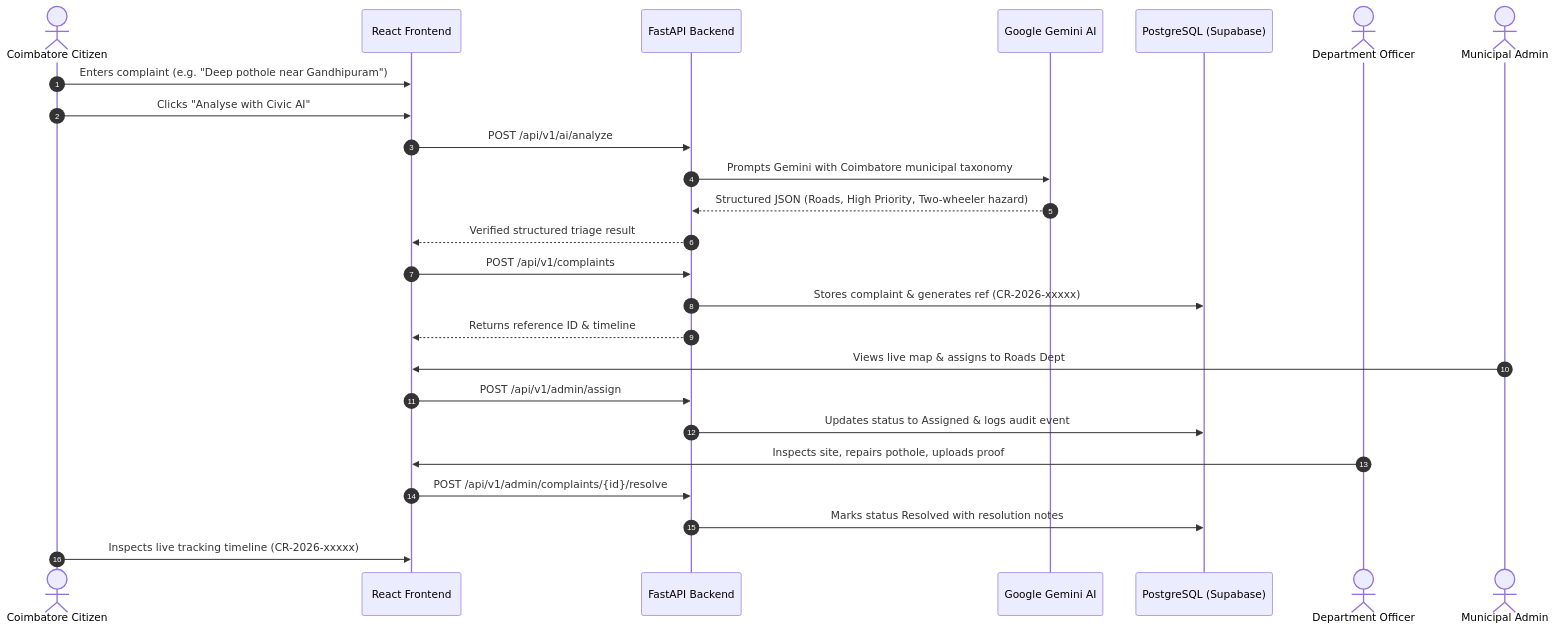
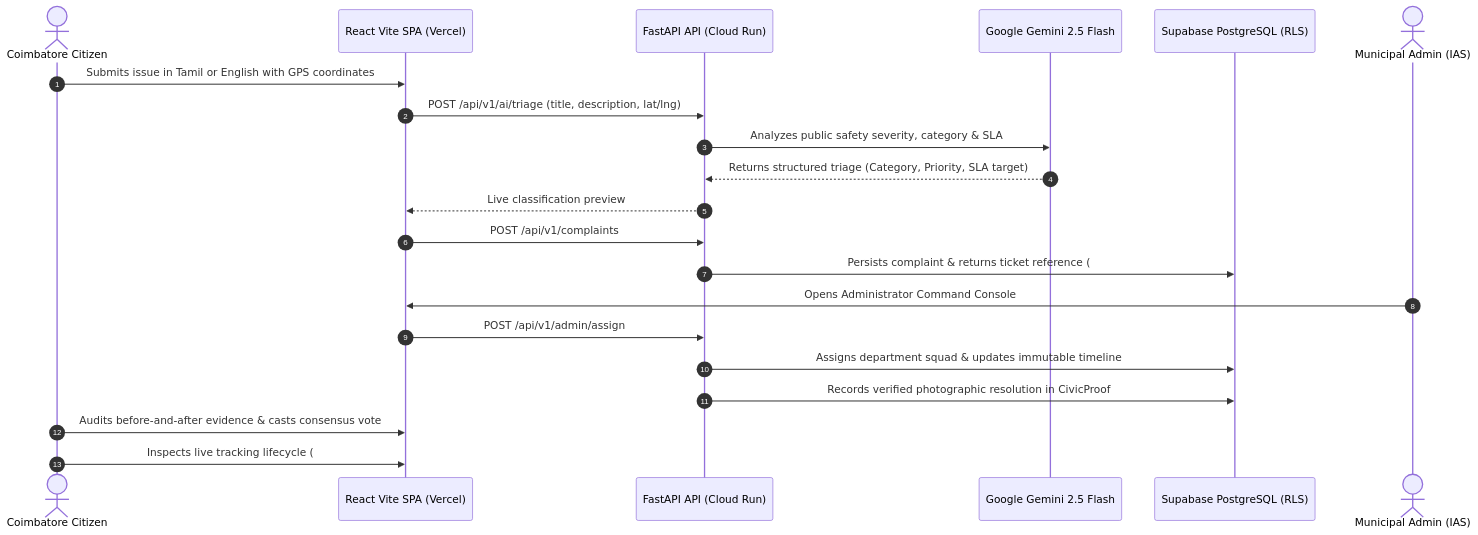
One commit to prethikshav7-byte/Civicresolver changed the diagram in README.md. Above: the diagram before and after it, drawn with Mermaid. The commit also changed other lines of this file, not shown here.

Commit message:
docs: upgrade README with comprehensive enterprise GovTech architecture, test metrics, and deployment guides

````diff
--- a/README.md
+++ b/README.md
@@ -55,28 +32,24 @@
 ```mermaid
 sequenceDiagram
     autonumber
     actor Citizen as Coimbatore Citizen
-    participant FE as React Frontend
-    participant BE as FastAPI Backend
-    participant AI as Google Gemini AI
-    participant DB as PostgreSQL (Supabase)
-    actor Officer as Department Officer
-    actor Admin as Municipal Admin
+    participant FE as React Vite SPA (Vercel)
+    participant BE as FastAPI API (Cloud Run)
+    participant AI as Google Gemini 2.5 Flash
+    participant DB as Supabase PostgreSQL (RLS)
+    actor Admin as Municipal Admin (IAS)
 
-    Citizen->>FE: Enters complaint (e.g. "Deep pothole near Gandhipuram")
-    Citizen->>FE: Clicks "Analyse with Civic AI"
-    FE->>BE: POST /api/v1/ai/analyze
-    BE->>AI: Prompts Gemini with Coimbatore municipal taxonomy
-    AI-->>BE: Structured JSON (Roads, High Priority, Two-wheeler hazard)
-    BE-->>FE: Verified structured triage result
+    Citizen->>FE: Submits issue in Tamil or English with GPS coordinates
+    FE->>BE: POST /api/v1/ai/triage (title, description, lat/lng)
+    BE->>AI: Analyzes public safety severity, category & SLA
+    AI-->>BE: Returns structured triage (Category, Priority, SLA target)
+    BE-->>FE: Live classification preview
     FE->>BE: POST /api/v1/complaints
-    BE->>DB: Stores complaint & generates ref (CR-2026-xxxxx)
-    BE-->>FE: Returns reference ID & timeline
-    Admin->>FE: Views live map & assigns to Roads Dept
+    BE->>DB: Persists complaint & returns ticket reference (#80019)
+    Admin->>FE: Opens Administrator Command Console
     FE->>BE: POST /api/v1/admin/assign
-    BE->>DB: Updates status to Assigned & logs audit event
-    Officer->>FE: Inspects site, repairs pothole, uploads proof
-    FE->>BE: POST /api/v1/admin/complaints/{id}/resolve
-    BE->>DB: Marks status Resolved with resolution notes
-    Citizen->>FE: Inspects live tracking timeline (CR-2026-xxxxx)
+    BE->>DB: Assigns department squad & updates immutable timeline
+    BE->>DB: Records verified photographic resolution in CivicProof
+    Citizen->>FE: Audits before-and-after evidence & casts consensus vote
+    Citizen->>FE: Inspects live tracking lifecycle (#80019)
 ```
````
